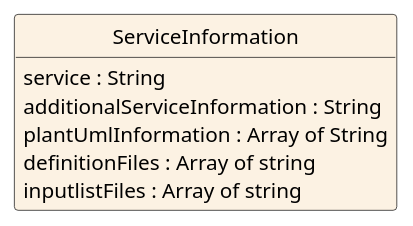
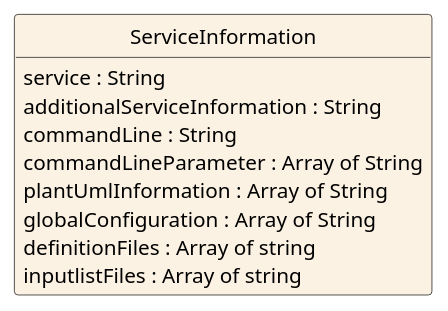
One commit to jfudickar/json2puml changed the diagram in documentation/models/getserviceinformation/getserviceinformation.puml. Above: the diagram before and after it, drawn with PlantUML. The commit also changed 25 other files, not shown here.

```diff
--- a/documentation/models/getserviceinformation/getserviceinformation.puml
+++ b/documentation/models/getserviceinformation/getserviceinformation.puml
@@ -1,21 +1,24 @@
 @startuml
 hide circle
 hide methods
 hide stereotype
 show <<Enumeration>> stereotype
 skinparam class {
    BackgroundColor<<Enumeration>> #E6F5F7
    BackgroundColor<<Ref>> #FFFFE0
    BackgroundColor<<Pivot>> #FFFFFFF
    BackgroundColor #FCF2E3
 }
 
 class ServiceInformation{
    service : String
    additionalServiceInformation : String
+   commandLine : String
+   commandLineParameter : Array of String
    plantUmlInformation : Array of String
+   globalConfiguration : Array of String
    definitionFiles : Array of string
    inputlistFiles : Array of string
 }
 
 @enduml
```
